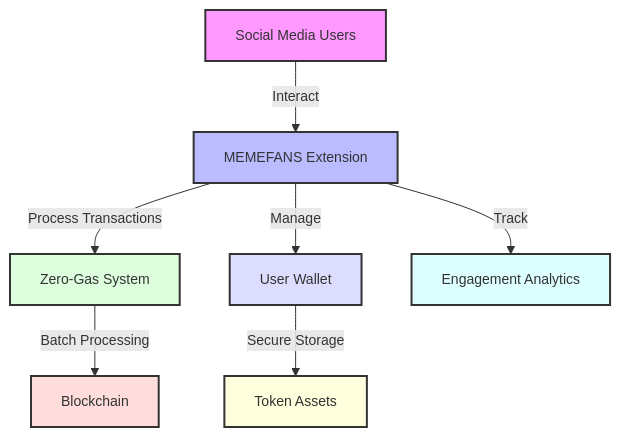
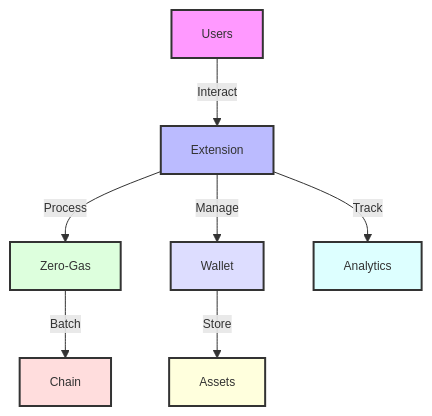
One commit to MEMEFANS/memefans changed the second of 4 diagrams in docs/whitepaper/executive-summary.md. Above: the diagram before and after it, drawn with Mermaid. The commit also changed other lines of this file and 1 other file, not shown here.

Commit message:
style: optimize diagram sizes and text for mobile display

````diff
--- a/docs/whitepaper/executive-summary.md
+++ b/docs/whitepaper/executive-summary.md
@@ -58,27 +65,32 @@
 ```mermaid
 %%{
   init: {
     'theme': 'default',
-    'themeVariables': { 'fontSize': '14px'},
+    'themeVariables': { 
+      'fontSize': '12px',
+      'fontFamily': 'arial',
+      'nodeSpacing': 25,
+      'rankSpacing': 25
+    },
     'flowchart': {
-      'diagramPadding': 8,
+      'diagramPadding': 4,
       'htmlLabels': true,
       'curve': 'basis'
     }
   }
 }%%
 graph TD
-    A[Social Media Users] -->|Interact| B[MEMEFANS Extension]
-    B -->|Process Transactions| C[Zero-Gas System]
-    C -->|Batch Processing| D[Blockchain]
-    B -->|Manage| E[User Wallet]
-    E -->|Secure Storage| F[Token Assets]
-    B -->|Track| G[Engagement Analytics]
+    A[Users] -->|Interact| B[Extension]
+    B -->|Process| C[Zero-Gas]
+    C -->|Batch| D[Chain]
+    B -->|Manage| E[Wallet]
+    E -->|Store| F[Assets]
+    B -->|Track| G[Analytics]
     style A fill:#f9f,stroke:#333,stroke-width:2px
     style B fill:#bbf,stroke:#333,stroke-width:2px
     style C fill:#dfd,stroke:#333,stroke-width:2px
     style D fill:#fdd,stroke:#333,stroke-width:2px
     style E fill:#ddf,stroke:#333,stroke-width:2px
     style F fill:#ffd,stroke:#333,stroke-width:2px
     style G fill:#dff,stroke:#333,stroke-width:2px
 ```
````
